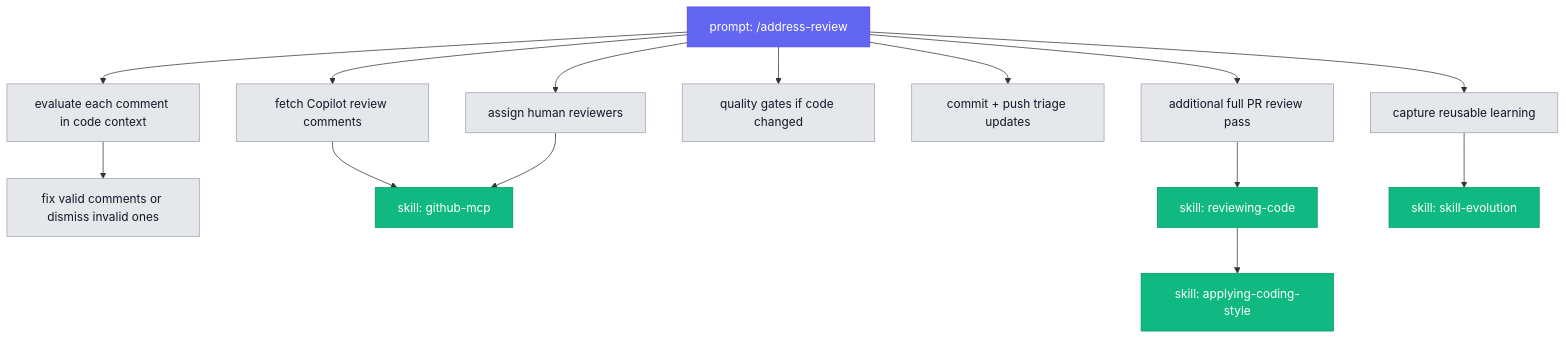
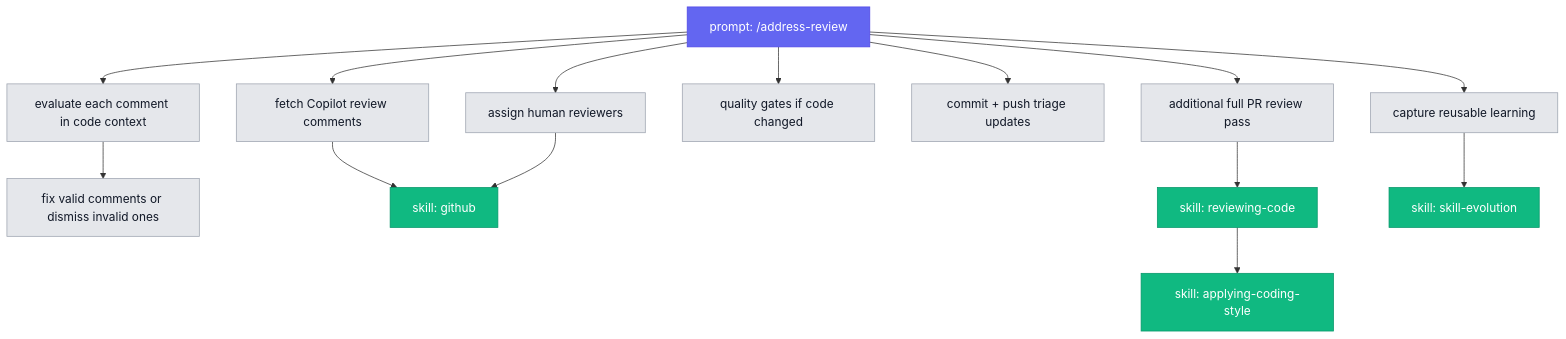
One commit to OktayCopurlu/ai-shared changed the fifth of 5 diagrams in README.md. Above: the diagram before and after it, drawn with Mermaid. The commit also changed other lines of this file and 10 other files, not shown here.

````diff
--- a/README.md
+++ b/README.md
@@ -513,26 +513,26 @@
 ```mermaid
 flowchart TD
   classDef prompt fill:#6366f1,stroke:#4f46e5,color:#fff
   classDef skill fill:#10b981,stroke:#059669,color:#fff
   classDef action fill:#e5e7eb,stroke:#9ca3af,color:#111827
 
   Address["prompt: /address-review"]:::prompt
   Fetch["fetch Copilot review comments"]:::action
   Triage["evaluate each comment in code context"]:::action
   FixOrDismiss["fix valid comments or dismiss invalid ones"]:::action
   ExtraReview["additional full PR review pass"]:::action
   Gates["quality gates if code changed"]:::action
   Push["commit + push triage updates"]:::action
   Reviewers["assign human reviewers"]:::action
   Evolution["capture reusable learning"]:::action
 
-  Address --> Fetch --> GH["skill: github-mcp"]:::skill
+  Address --> Fetch --> GH["skill: github"]:::skill
   Address --> Triage
   Triage --> FixOrDismiss
   Address --> ExtraReview --> Reviewing["skill: reviewing-code"]:::skill
   Reviewing --> Style["skill: applying-coding-style"]:::skill
   Address --> Gates
   Address --> Push
   Address --> Reviewers --> GH
   Address --> Evolution --> SkillEvolution["skill: skill-evolution"]:::skill
 ```
````
